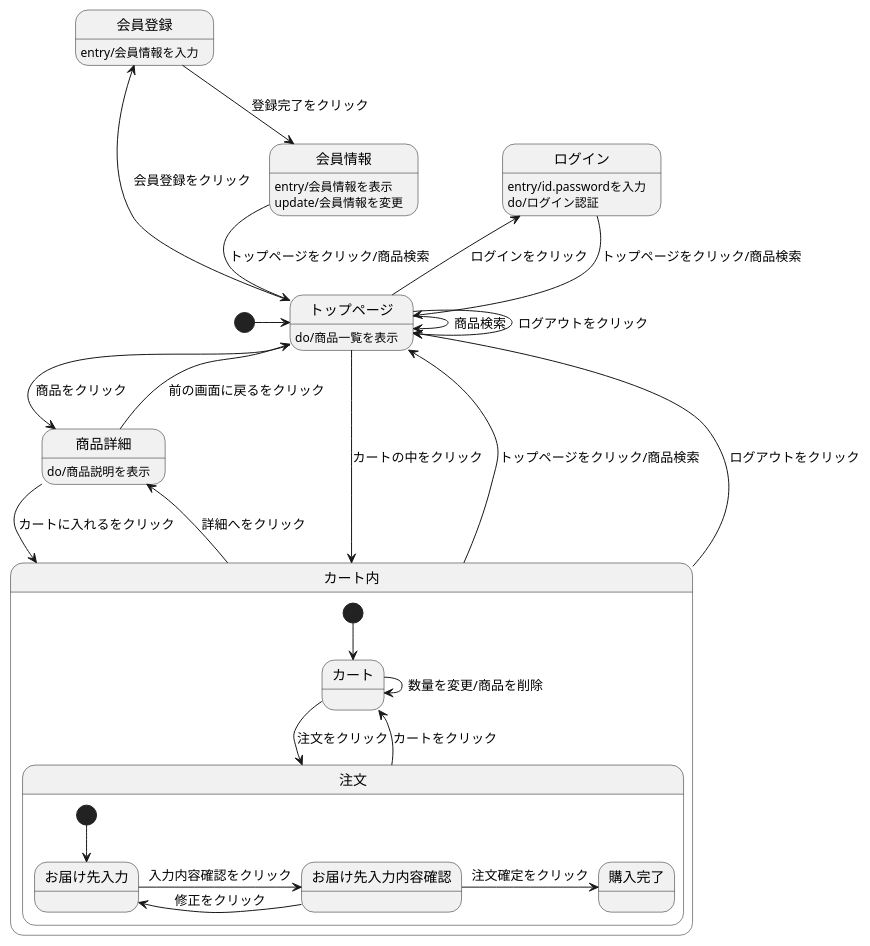
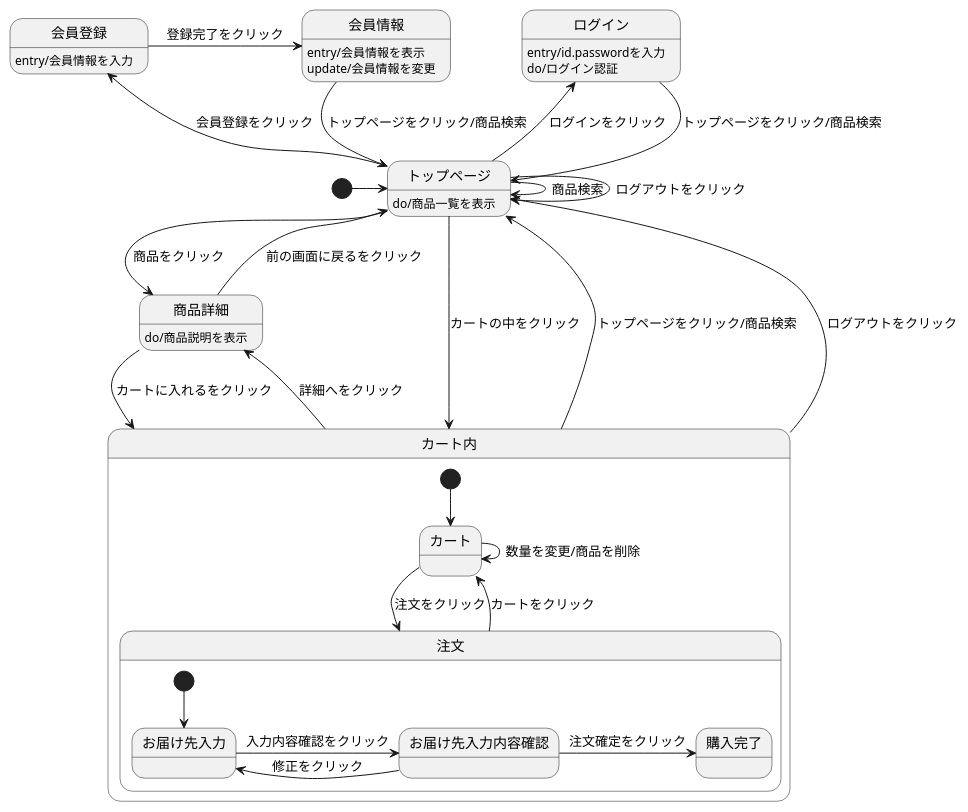
One commit to Aso2001027/2021sys-design changed the diagram in shopping1.md. Above: the diagram before and after it, drawn with PlantUML.

````diff
--- a/shopping1.md
+++ b/shopping1.md
@@ -1,39 +1,39 @@
 ```uml
 @startuml
 [*] -> トップページ
 会員情報 --> トップページ : トップページをクリック/商品検索
 ログイン --> トップページ : トップページをクリック/商品検索
 ログイン : entry/id.passwordを入力
 ログイン : do/ログイン認証
-会員登録 --> 会員情報 : 登録完了をクリック
+会員登録 -> 会員情報 : 登録完了をクリック
 会員登録 : entry/会員情報を入力
 会員情報 : entry/会員情報を表示
 会員情報 : update/会員情報を変更
 トップページ --> トップページ : ログアウトをクリック
 トップページ -> トップページ : 商品検索
 トップページ -> 商品詳細 : 商品をクリック
 トップページ -left-> 会員登録 : 会員登録をクリック
 トップページ -left-> ログイン : ログインをクリック
 トップページ --> カート内 : カートの中をクリック
 トップページ : do/商品一覧を表示
 商品詳細 --> カート内 : カートに入れるをクリック
 商品詳細 --> トップページ : 前の画面に戻るをクリック
 商品詳細 : do/商品説明を表示
 カート内 -up-> トップページ : トップページをクリック/商品検索
 カート内 -up-> トップページ : ログアウトをクリック
 カート内 -> 商品詳細 : 詳細へをクリック
 
 state カート内{
 [*] --> カート
 カート -> 注文 : 注文をクリック
 カート -> カート : 数量を変更/商品を削除
 注文 --> カート : カートをクリック
 state 注文 {
 [*] --> お届け先入力
 お届け先入力 -> お届け先入力内容確認 : 入力内容確認をクリック
 お届け先入力内容確認 -> お届け先入力 : 修正をクリック
 お届け先入力内容確認 -> 購入完了 : 注文確定をクリック
   }
 }
 @enduml
 ```
````
